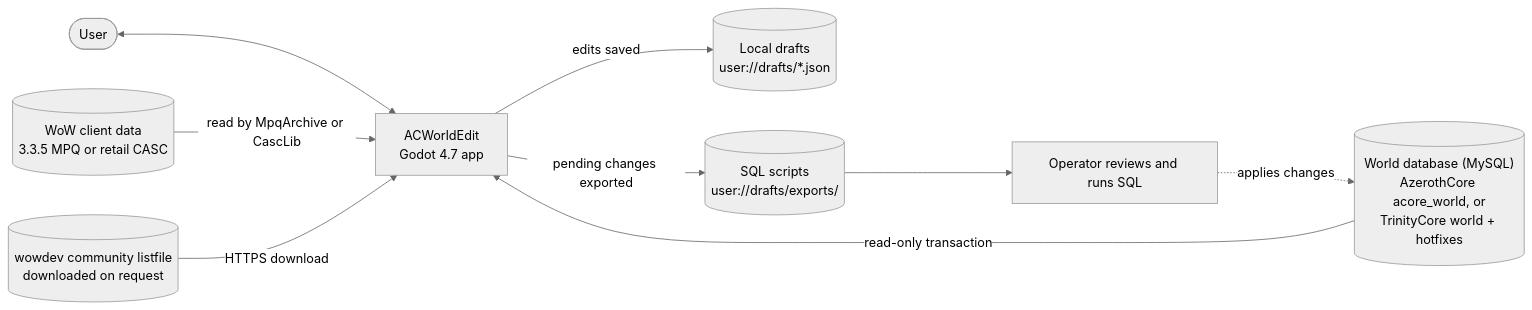
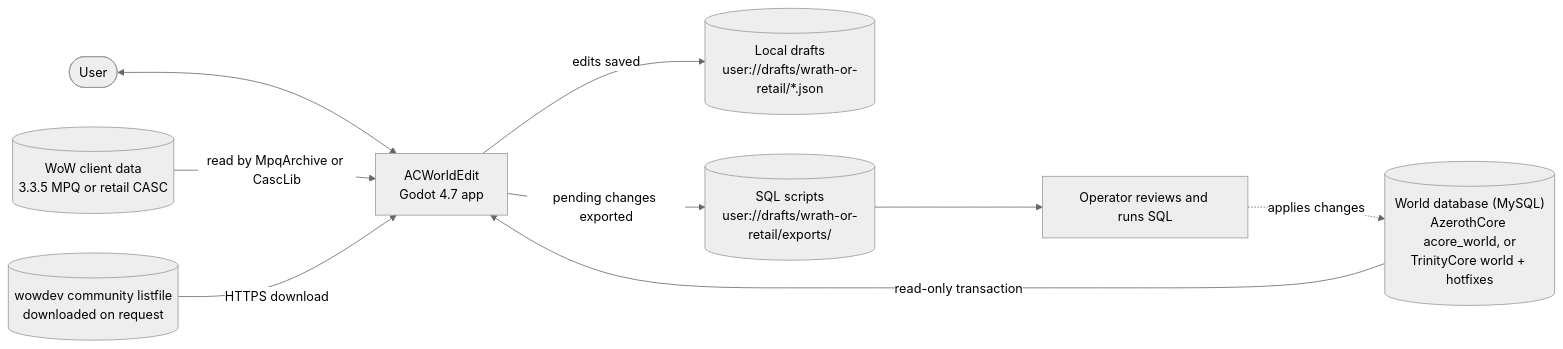
One commit to glitterfartz/ac-world-edit changed the first of 2 diagrams in docs/ARCHITECTURE.md. Above: the diagram before and after it, drawn with Mermaid (neutral theme). The commit also changed 29 other files, not shown here.

````diff
--- a/docs/ARCHITECTURE.md
+++ b/docs/ARCHITECTURE.md
@@ -17,20 +17,20 @@
 ```mermaid
 flowchart LR
     user(["User"])
     app["ACWorldEdit<br/>Godot 4.7 app"]
     client[("WoW client data<br/>3.3.5 MPQ or retail CASC")]
     db[("World database (MySQL)<br/>AzerothCore acore_world, or<br/>TrinityCore world + hotfixes")]
     listfile[("wowdev community listfile<br/>downloaded on request")]
-    drafts[("Local drafts<br/>user://drafts/*.json")]
-    sql[("SQL scripts<br/>user://drafts/exports/")]
+    drafts[("Local drafts<br/>user://drafts/wrath-or-retail/*.json")]
+    sql[("SQL scripts<br/>user://drafts/wrath-or-retail/exports/")]
     dba["Operator reviews and runs SQL"]
 
     user <--> app
     client -->|read by MpqArchive or CascLib| app
     db -->|read-only transaction| app
     listfile -->|HTTPS download| app
     app -->|edits saved| drafts
     app -->|pending changes exported| sql
     sql --> dba
     dba -.->|applies changes| db
 ```
````
